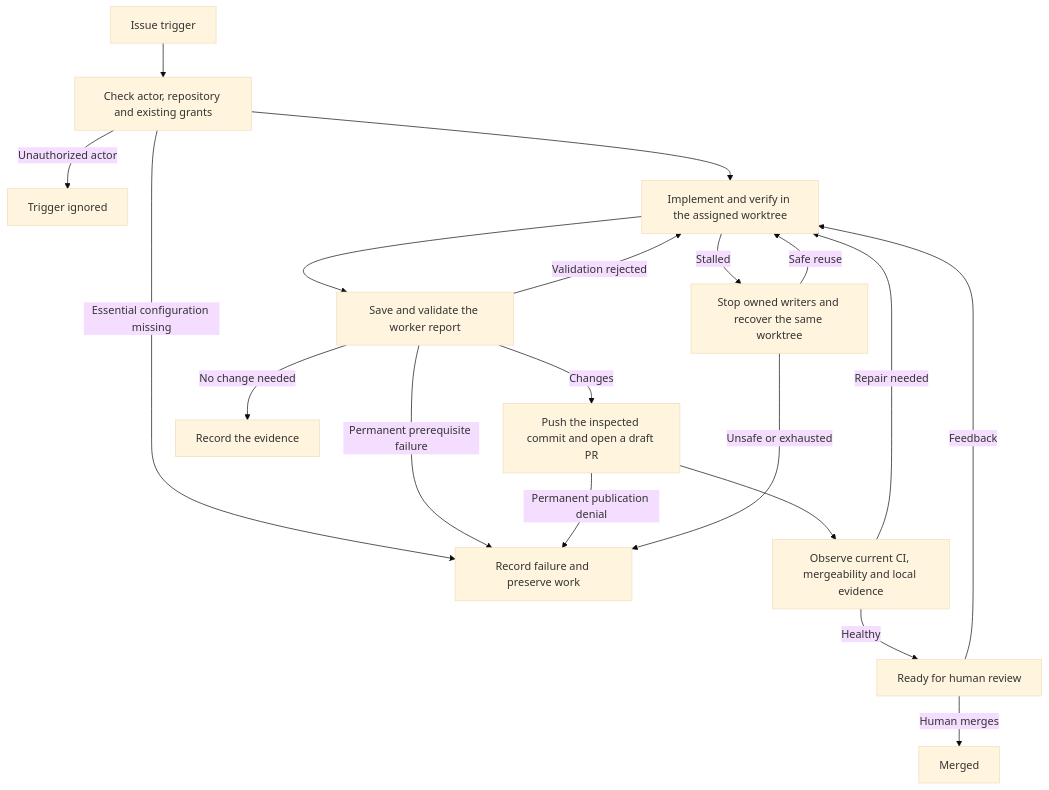
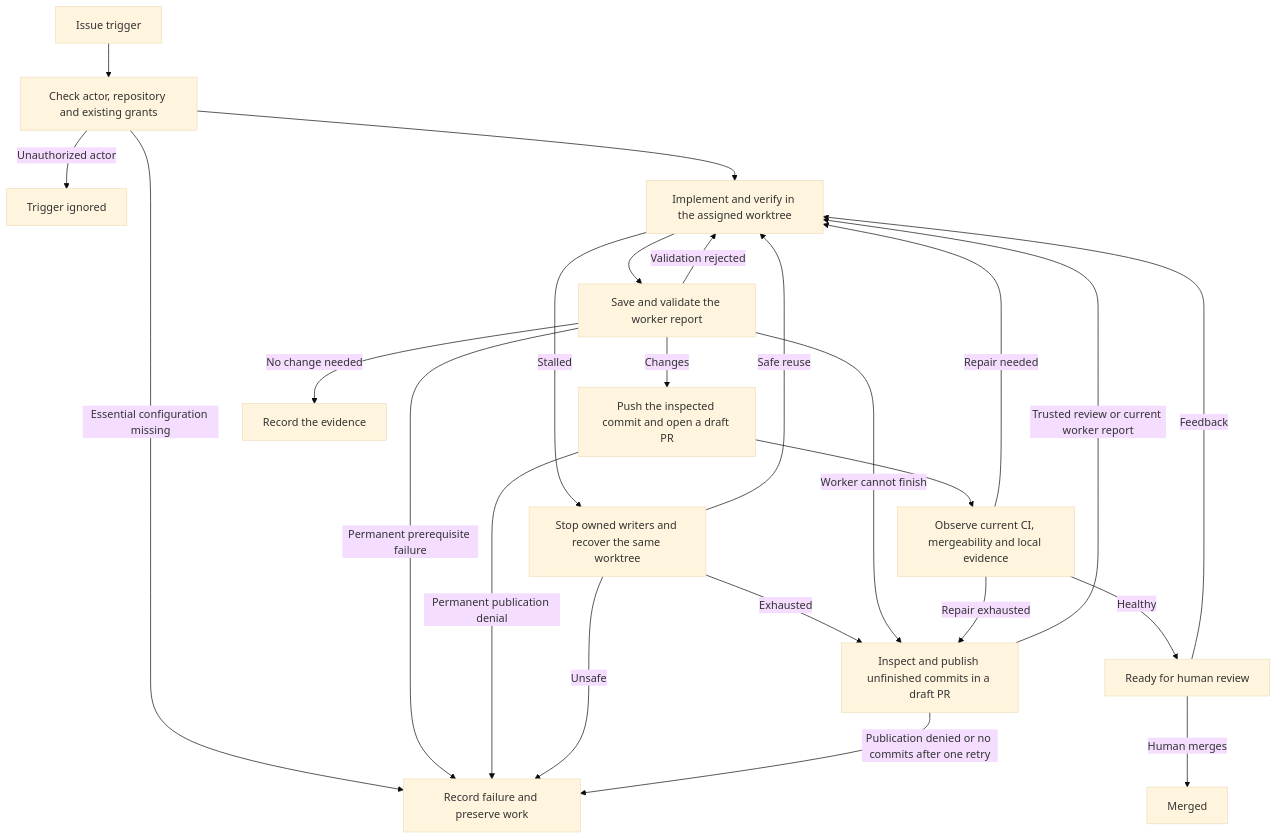
Before and after one commit to rahmanramsi/bb-pstack-plugin: the diagram in docs/design/issues.md, drawn with Mermaid (base theme). The commit also changed other lines of this file, not shown here.

Commit message:
docs(issues): explain unfinished publication and provider retry waits

````diff
--- a/docs/design/issues.md
+++ b/docs/design/issues.md
@@ -37,21 +37,26 @@
 ```mermaid
 flowchart TD
   trigger[Issue trigger] --> authorize[Check actor, repository and existing grants]
   authorize -->|Unauthorized actor| ignored[Trigger ignored]
   authorize --> worker[Implement and verify in the assigned worktree]
   authorize -->|Essential configuration missing| failure[Record failure and preserve work]
   worker --> report[Save and validate the worker report]
   report -->|Changes| publish[Push the inspected commit and open a draft PR]
   report -->|No change needed| nochange[Record the evidence]
   report -->|Permanent prerequisite failure| failure
   report -->|Validation rejected| worker
   publish --> checks[Observe current CI, mergeability and local evidence]
   publish -->|Permanent publication denial| failure
   checks -->|Repair needed| worker
   checks -->|Healthy| ready[Ready for human review]
   ready -->|Feedback| worker
   ready -->|Human merges| merged[Merged]
   worker -->|Stalled| recovery[Stop owned writers and recover the same worktree]
   recovery -->|Safe reuse| worker
-  recovery -->|Unsafe or exhausted| failure
+  recovery -->|Unsafe| failure
+  recovery -->|Exhausted| unfinished[Inspect and publish unfinished commits in a draft PR]
+  report -->|Worker cannot finish| unfinished
+  checks -->|Repair exhausted| unfinished
+  unfinished -->|Publication denied or no commits after one retry| failure
+  unfinished -->|Trusted review or current worker report| worker
 ```
````
